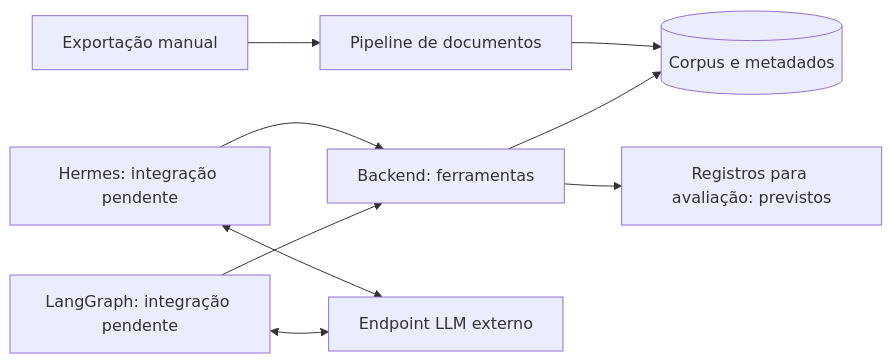
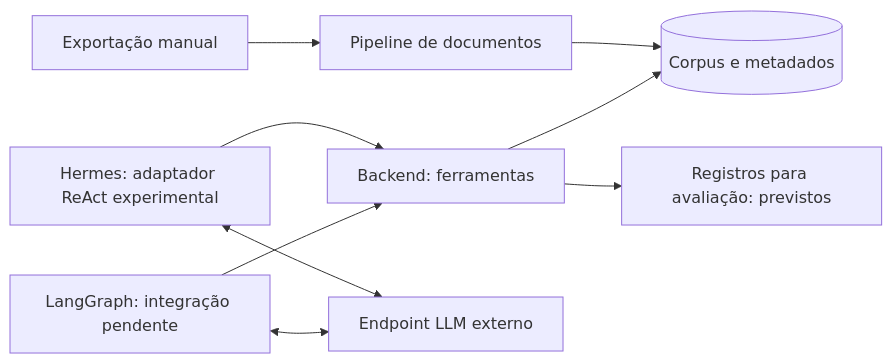
One commit to CIIA-DF/benchmark-ciia-hermes changed the diagram in README.md. Above: the diagram before and after it, drawn with Mermaid. The commit also changed 8 other files, not shown here.

````diff
--- a/README.md
+++ b/README.md
@@ -21,11 +21,11 @@
 ```mermaid
 flowchart LR
     E[Exportação manual] --> D[Pipeline de documentos]
     D --> DB[(Corpus e metadados)]
-    H[Hermes: integração pendente] --> B[Backend: ferramentas]
+    H[Hermes: adaptador ReAct experimental] --> B[Backend: ferramentas]
     L[LangGraph: integração pendente] --> B
     B --> DB
     H <--> M[Endpoint LLM externo]
     L <--> M
     B --> A[Registros para avaliação: previstos]
 ```
````
